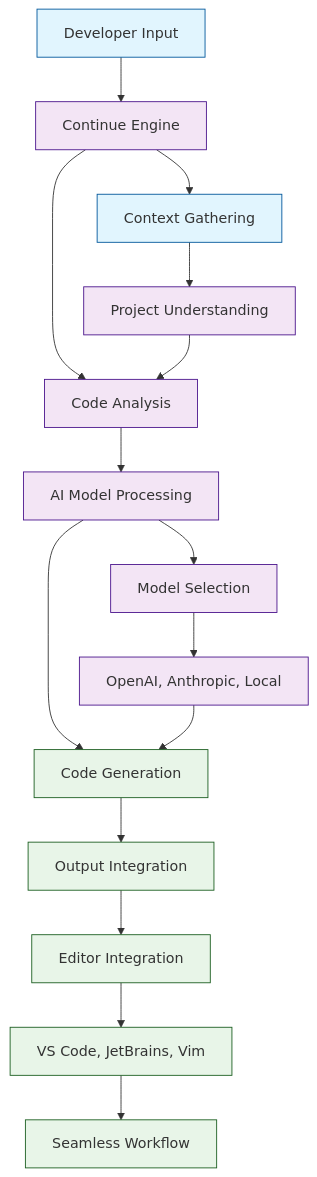
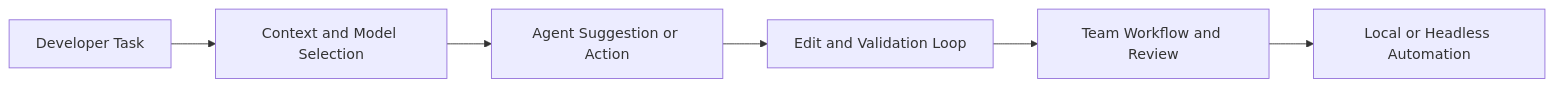
Before and after one commit to johnxie/awesome-code-docs: the diagram in tutorials/continue-tutorial/index.md, drawn with Mermaid. The commit also changed other lines of this file and 6 other files, not shown here.

````diff
--- a/tutorials/continue-tutorial/index.md
+++ b/tutorials/continue-tutorial/index.md
@@ -21,28 +38,8 @@
 ```mermaid
-flowchart TD
-    A[Developer Input] --> B[Continue Engine]
-    B --> C[Code Analysis]
-    C --> D[AI Model Processing]
-    D --> E[Code Generation]
-    E --> F[Output Integration]
-
-    B --> G[Context Gathering]
-    G --> H[Project Understanding]
-    H --> C
-
-    D --> I[Model Selection]
-    I --> J[OpenAI, Anthropic, Local]
-    J --> E
-
-    F --> K[Editor Integration]
-    K --> L[VS Code, JetBrains, Vim]
-    L --> M[Seamless Workflow]
-
-    classDef input fill:#e1f5fe,stroke:#01579b
-    classDef processing fill:#f3e5f5,stroke:#4a148c
-    classDef output fill:#e8f5e8,stroke:#1b5e20
-
-    class A,G input
-    class B,C,D,H,I,J processing
-    class E,F,K,L,M output
+flowchart LR
+    A[Developer Task] --> B[Context and Model Selection]
+    B --> C[Agent Suggestion or Action]
+    C --> D[Edit and Validation Loop]
+    D --> E[Team Workflow and Review]
+    E --> F[Local or Headless Automation]
 ```
````
